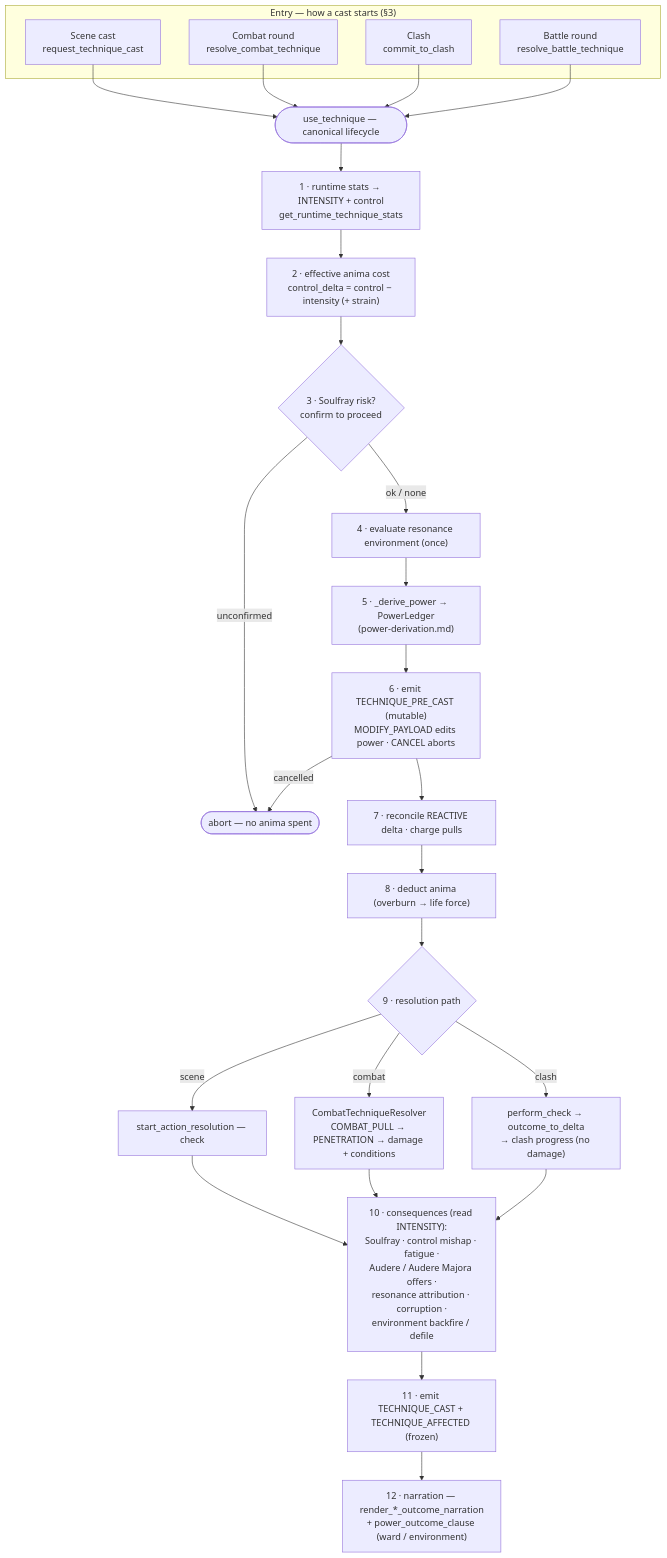
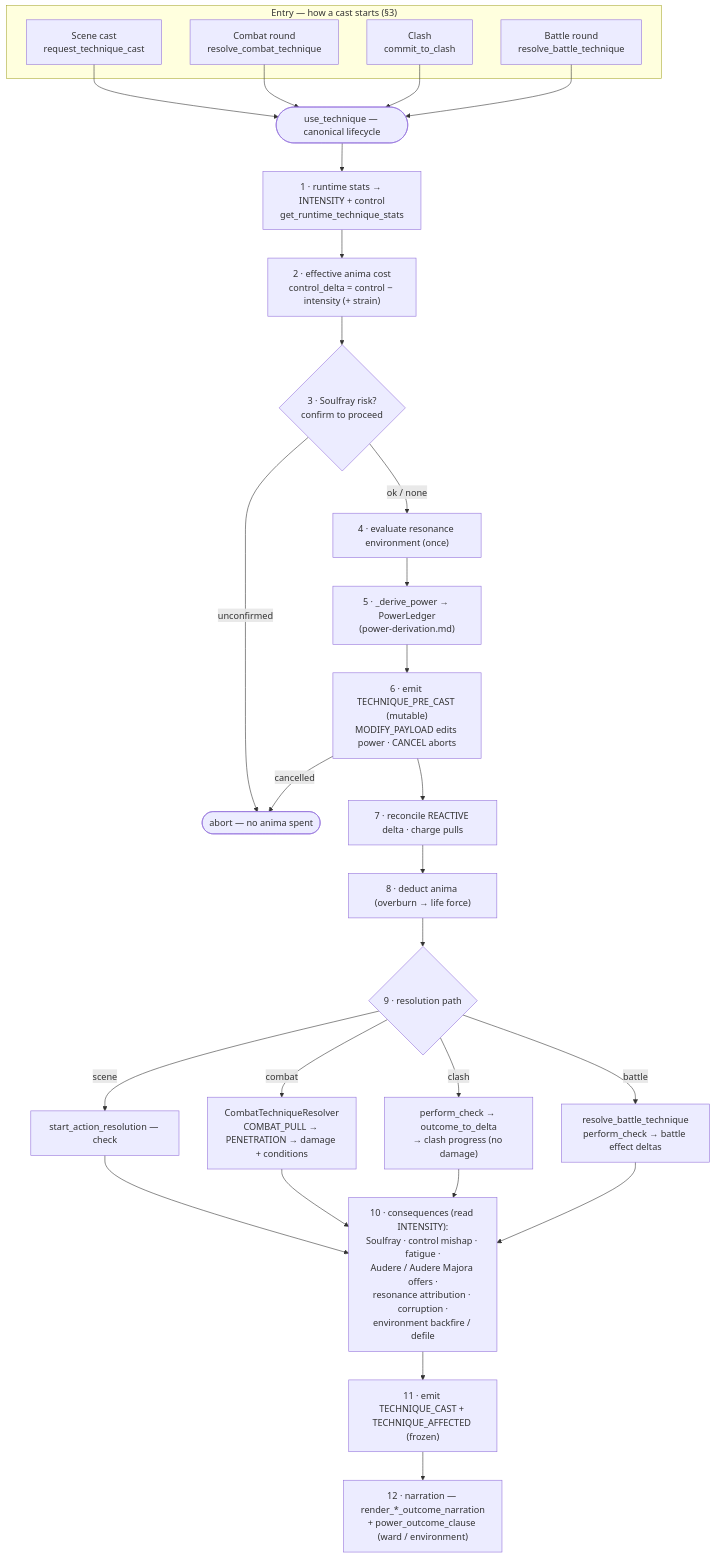
One commit to Arx-Game/arxii changed the diagram in docs/architecture/technique-use-pipeline.md. Above: the diagram before and after it, drawn with Mermaid.

Commit message:
docs(#2014): battle branch in the pipeline resolution-path diagram

````diff
--- a/docs/architecture/technique-use-pipeline.md
+++ b/docs/architecture/technique-use-pipeline.md
@@ -80,34 +80,36 @@
 ```mermaid
 flowchart TD
     subgraph ENTRY["Entry — how a cast starts (§3)"]
         A["Scene cast<br/>request_technique_cast"]
         B["Combat round<br/>resolve_combat_technique"]
         C["Clash<br/>commit_to_clash"]
         D["Battle round<br/>resolve_battle_technique"]
     end
     A --> UT
     B --> UT
     C --> UT
     D --> UT
     UT(["use_technique — canonical lifecycle"])
     UT --> S1["1 · runtime stats → INTENSITY + control<br/>get_runtime_technique_stats"]
     S1 --> S2["2 · effective anima cost<br/>control_delta = control − intensity (+ strain)"]
     S2 --> S3{"3 · Soulfray risk?<br/>confirm to proceed"}
     S3 -- "unconfirmed" --> ABORT([abort — no anima spent])
     S3 -- "ok / none" --> S4["4 · evaluate resonance environment (once)"]
     S4 --> S5["5 · _derive_power → PowerLedger<br/>(power-derivation.md)"]
     S5 --> S6["6 · emit TECHNIQUE_PRE_CAST (mutable)<br/>MODIFY_PAYLOAD edits power · CANCEL aborts"]
     S6 -- "cancelled" --> ABORT
     S6 --> S7["7 · reconcile REACTIVE delta · charge pulls"]
     S7 --> S8["8 · deduct anima (overburn → life force)"]
     S8 --> RES{9 · resolution path}
     RES -- "scene" --> RSCENE["start_action_resolution — check"]
     RES -- "combat" --> RCOMBAT["CombatTechniqueResolver<br/>COMBAT_PULL → PENETRATION → damage + conditions"]
     RES -- "clash" --> RCLASH["perform_check → outcome_to_delta<br/>→ clash progress (no damage)"]
+    RES -- "battle" --> RBATTLE["resolve_battle_technique<br/>perform_check → battle effect deltas"]
     RSCENE --> CONS
     RCOMBAT --> CONS
     RCLASH --> CONS
+    RBATTLE --> CONS
     CONS["10 · consequences (read INTENSITY):<br/>Soulfray · control mishap · fatigue ·<br/>Audere / Audere Majora offers ·<br/>resonance attribution · corruption ·<br/>environment backfire / defile"]
     CONS --> EV["11 · emit TECHNIQUE_CAST + TECHNIQUE_AFFECTED (frozen)"]
     EV --> NARR["12 · narration — render_*_outcome_narration<br/>+ power_outcome_clause (ward / environment)"]
 ```
````
